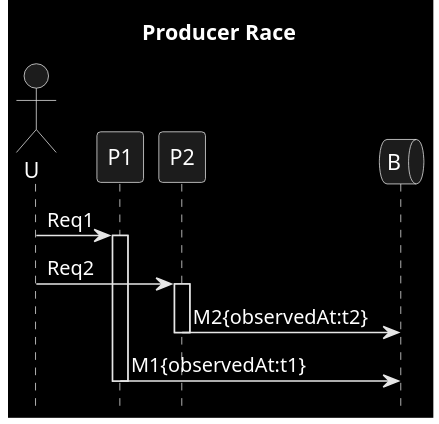
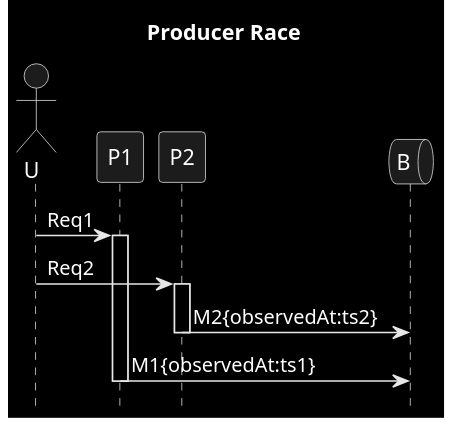
The diagram in patterns/2b_out_of_order_p.puml (victorrentea/kafka), drawn with PlantUML before and after one commit.

```diff
--- a/patterns/2b_out_of_order_p.puml
+++ b/patterns/2b_out_of_order_p.puml
@@ -1,16 +1,16 @@
 @startuml
 title Producer Race
 hide footbox
 skinparam monochrome reverse
 queue B order 9
 actor U
 
 U->P1: Req1
 activate P1
 U->P2: Req2
 activate P2
-P2->B: M2{observedAt:t2}
+P2->B: M2{observedAt:ts2}
 deactivate P2
-P1->B: M1{observedAt:t1}
+P1->B: M1{observedAt:ts1}
 deactivate P1
 @enduml
```
